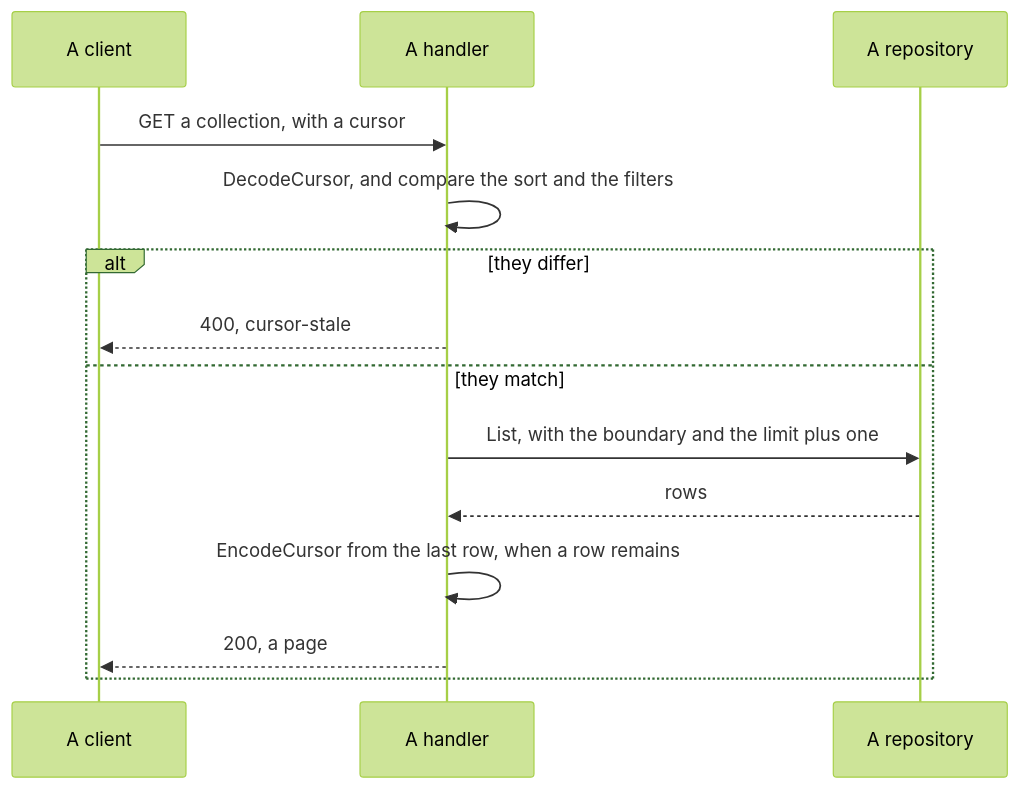
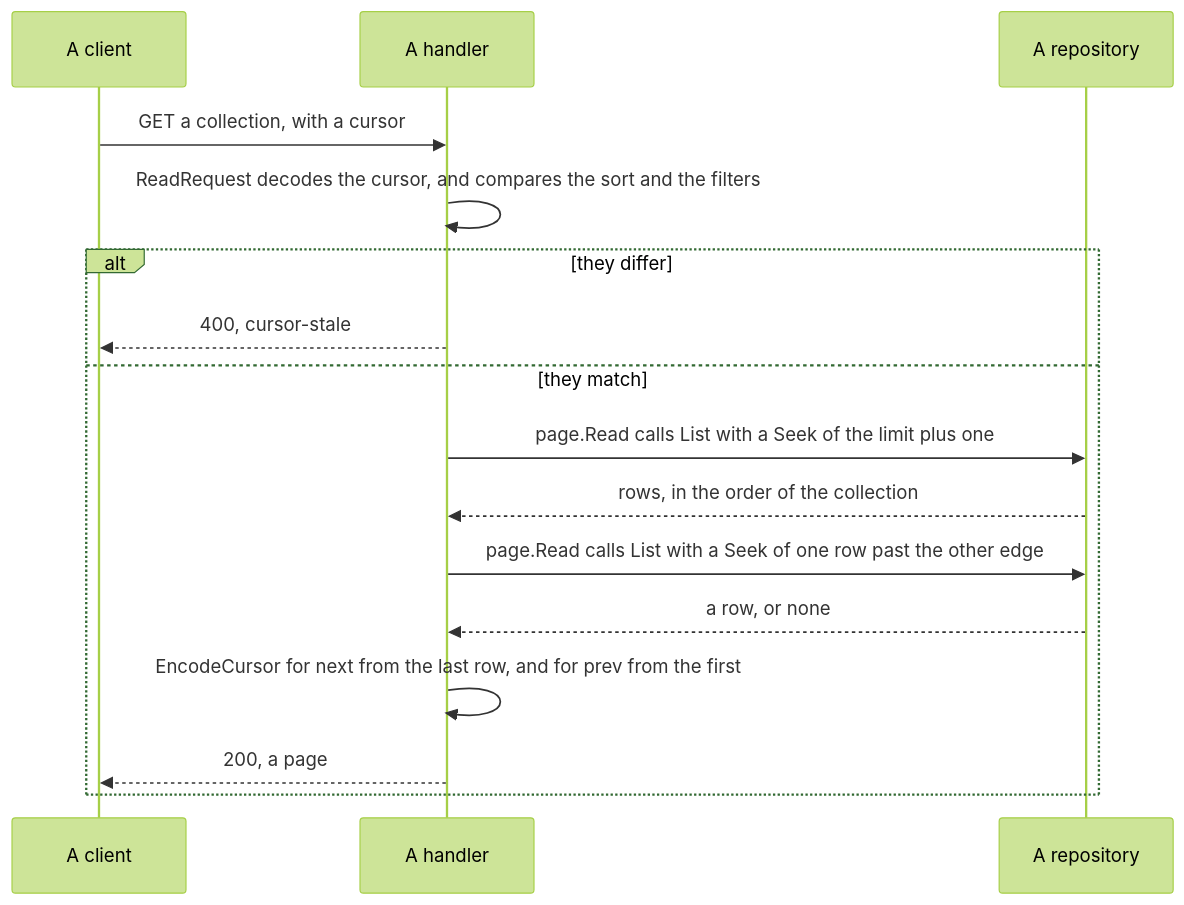
One commit to ABGEO/maroid changed the diagram in specs/features/apifmt/spec.md. Above: the diagram before and after it, drawn with Mermaid (forest theme). The commit also changed other lines of this file and 22 other files, not shown here.

````diff
--- a/specs/features/apifmt/spec.md
+++ b/specs/features/apifmt/spec.md
@@ -123,16 +126,18 @@
 ```mermaid
 sequenceDiagram
     participant C as A client
     participant H as A handler
     participant R as A repository
     C->>H: GET a collection, with a cursor
-    H->>H: DecodeCursor, and compare the sort and the filters
+    H->>H: ReadRequest decodes the cursor, and compares the sort and the filters
     alt they differ
         H-->>C: 400, cursor-stale
     else they match
-        H->>R: List, with the boundary and the limit plus one
-        R-->>H: rows
-        H->>H: EncodeCursor from the last row, when a row remains
+        H->>R: page.Read calls List with a Seek of the limit plus one
+        R-->>H: rows, in the order of the collection
+        H->>R: page.Read calls List with a Seek of one row past the other edge
+        R-->>H: a row, or none
+        H->>H: EncodeCursor for next from the last row, and for prev from the first
         H-->>C: 200, a page
     end
 ```
````
